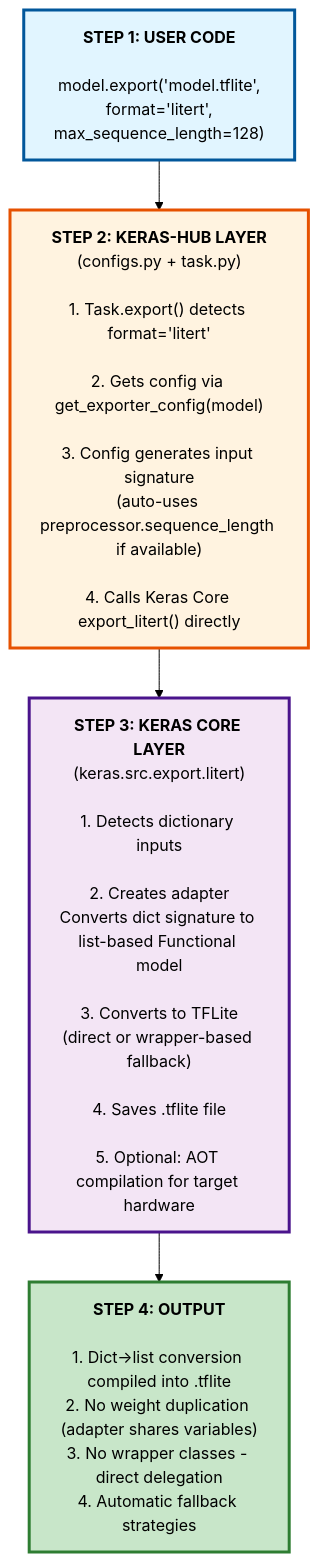
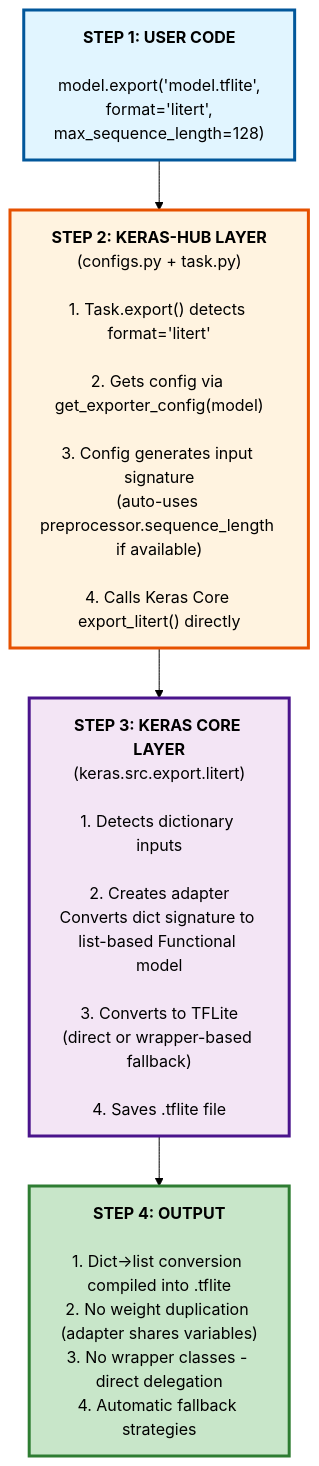
Before and after one commit to pctablet505/litert-export-docs: the fifth of 5 diagrams in LiteRT Export design doc reviewed.md, drawn with Mermaid (forest theme). The commit also changed other lines of this file and 2 other files, not shown here.

````diff
--- a/LiteRT Export design doc reviewed.md
+++ b/LiteRT Export design doc reviewed.md
@@ -491,19 +486,19 @@
 ```mermaid
 flowchart TD
     Step1["<b>STEP 1: USER CODE</b><br/><br/>model.export('model.tflite',<br/>format='litert',<br/>max_sequence_length=128)"]
     
     Step2["<b>STEP 2: KERAS-HUB LAYER</b><br/>(configs.py + task.py)<br/><br/>1. Task.export() detects format='litert'<br/><br/>2. Gets config via get_exporter_config(model)<br/><br/>3. Config generates input signature<br/>(auto-uses preprocessor.sequence_length if available)<br/><br/>4. Calls Keras Core export_litert() directly"]
     
-    Step3["<b>STEP 3: KERAS CORE LAYER</b><br/>(keras.src.export.litert)<br/><br/>1. Detects dictionary inputs<br/><br/>2. Creates adapter<br/>Converts dict signature to list-based Functional model<br/><br/>3. Converts to TFLite<br/>(direct or wrapper-based fallback)<br/><br/>4. Saves .tflite file<br/><br/>5. Optional: AOT compilation for target hardware"]
+    Step3["<b>STEP 3: KERAS CORE LAYER</b><br/>(keras.src.export.litert)<br/><br/>1. Detects dictionary inputs<br/><br/>2. Creates adapter<br/>Converts dict signature to list-based Functional model<br/><br/>3. Converts to TFLite<br/>(direct or wrapper-based fallback)<br/><br/>4. Saves .tflite file"]
     
     Step4["<b>STEP 4: OUTPUT</b><br/><br/>1. Dict->list conversion compiled into .tflite<br/>2. No weight duplication (adapter shares variables)<br/>3. No wrapper classes - direct delegation<br/>4. Automatic fallback strategies"]
     
     Step1 --> Step2
     Step2 --> Step3
     Step3 --> Step4
     
     style Step1 fill:#e1f5ff,stroke:#01579b,stroke-width:3px
     style Step2 fill:#fff3e0,stroke:#e65100,stroke-width:3px
     style Step3 fill:#f3e5f5,stroke:#4a148c,stroke-width:3px
     style Step4 fill:#c8e6c9,stroke:#2e7d32,stroke-width:3px
 ```
````
